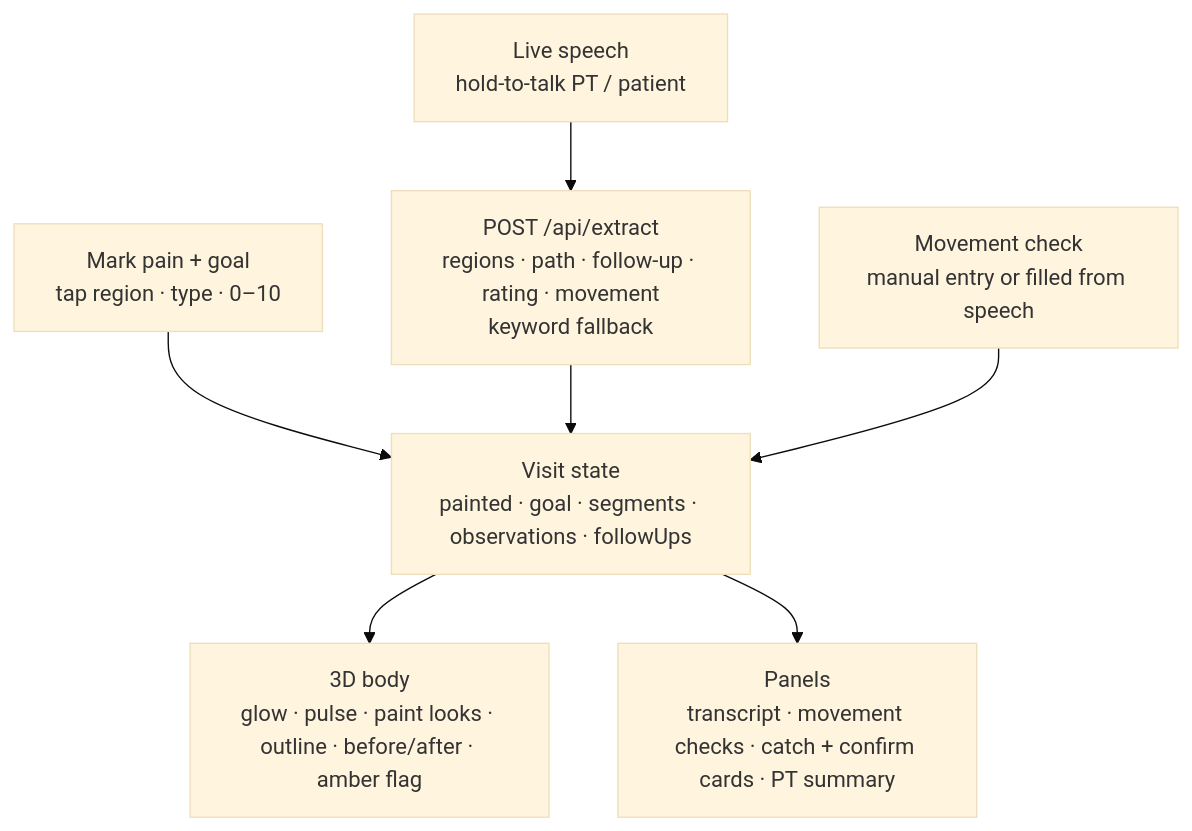
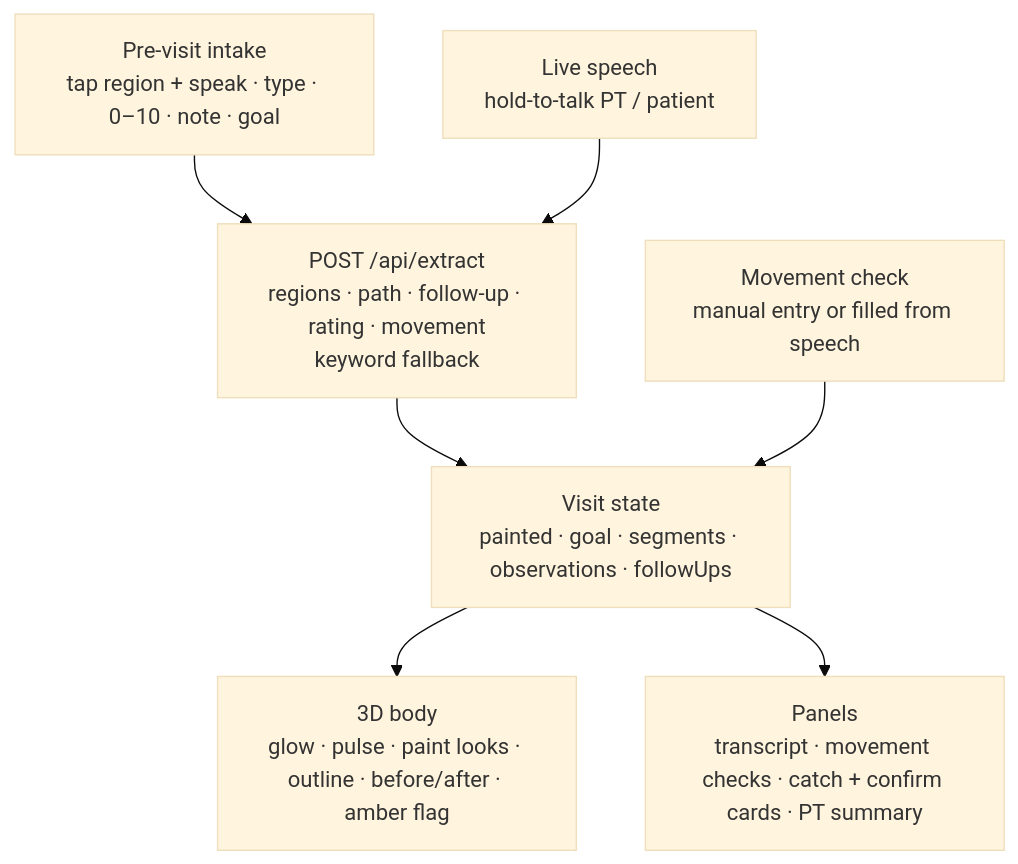
Before and after one commit to akashshetty1997/WhereItHurts: the diagram in docs/PLAN.md, drawn with Mermaid (base theme). The commit also changed other lines of this file, not shown here.

Commit message:
Plan: voice-based pre-visit intake

````diff
--- a/docs/PLAN.md
+++ b/docs/PLAN.md
@@ -126,9 +126,9 @@
 ```mermaid
 flowchart TD
-  P["Mark pain + goal<br/>tap region · type · 0–10"] --> S
+  P["Pre-visit intake<br/>tap region + speak · type · 0–10 · note · goal"] --> L
   V["Live speech<br/>hold-to-talk PT / patient"] --> L["POST /api/extract<br/>regions · path · follow-up · rating · movement<br/>keyword fallback"]
   L --> S["Visit state<br/>painted · goal · segments · observations · followUps"]
   M["Movement check<br/>manual entry or filled from speech"] --> S
   S --> B["3D body<br/>glow · pulse · paint looks · outline · before/after · amber flag"]
   S --> U["Panels<br/>transcript · movement checks · catch + confirm cards · PT summary"]
 ```
````
